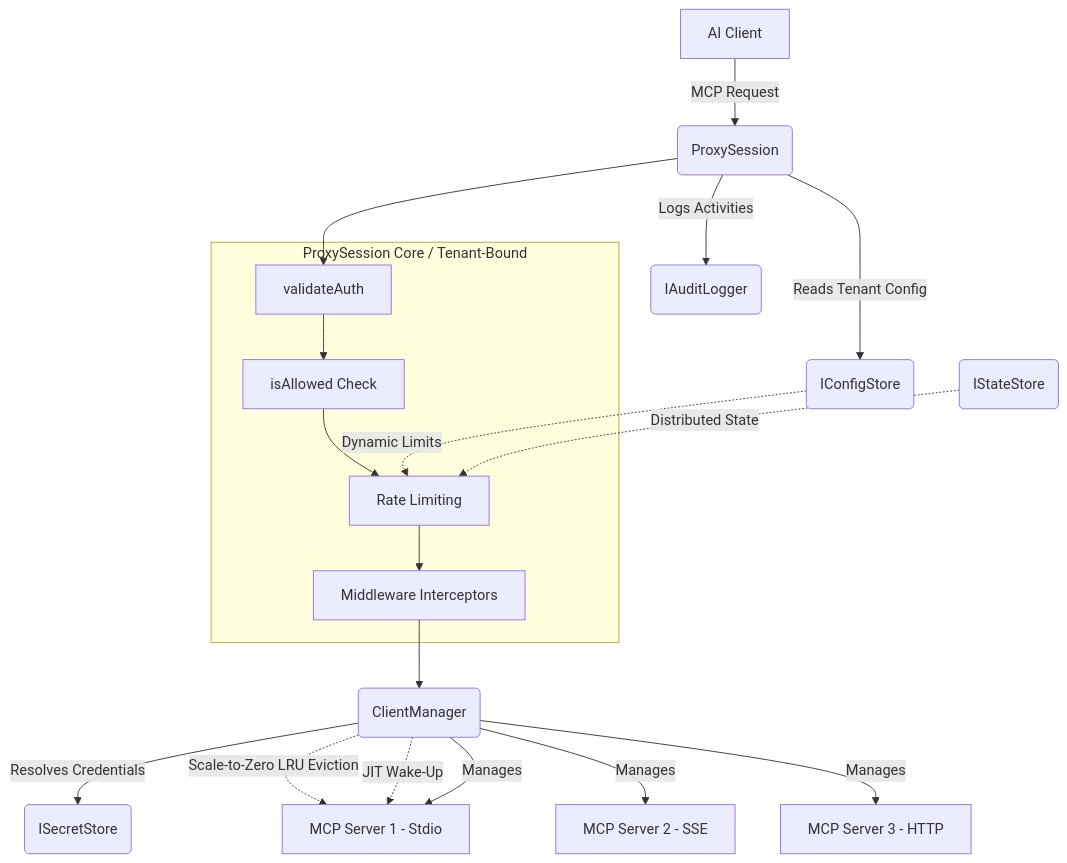
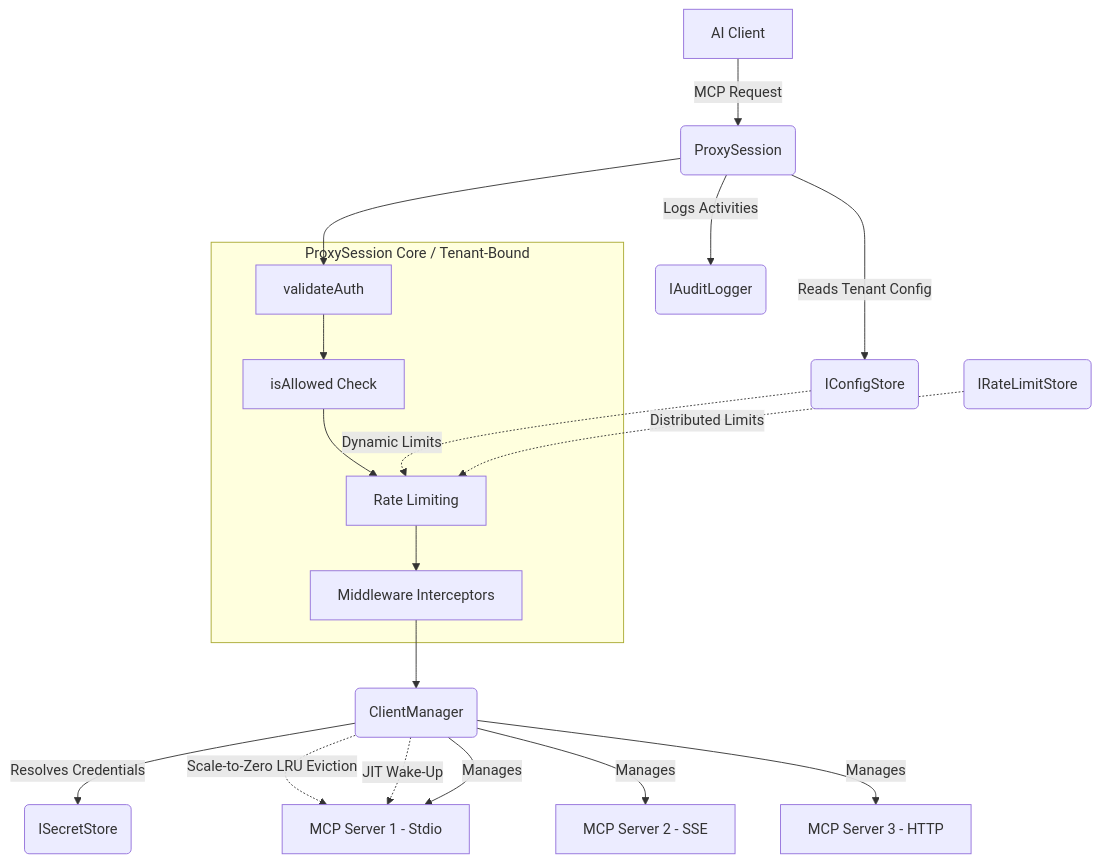
Before and after one commit to Cyber-Sec-Space/aag-core: the first of 2 diagrams in ARCHITECTURE.md, drawn with Mermaid. The commit also changed other lines of this file and 8 other files, not shown here.

Commit message:
feat: extract IRateLimitStore to support distributed rate limiting

````diff
--- a/ARCHITECTURE.md
+++ b/ARCHITECTURE.md
@@ -20,30 +20,30 @@
 ```mermaid
 graph TD
     Client[AI Client] -->|MCP Request| Proxy(ProxySession)
     
     subgraph ProxyInternal [ProxySession Core / Tenant-Bound]
         Auth[validateAuth]
         RBAC[isAllowed Check]
         RL[Rate Limiting]
         MW[Middleware Interceptors]
     end
     
     Proxy --> Auth
     Auth --> RBAC
     RBAC --> RL
     RL --> MW
     MW --> CM(ClientManager)
     
     Proxy -->|Reads Tenant Config| Config(IConfigStore)
     Proxy -->|Logs Activities| Logger(IAuditLogger)
     
     Config -.->|Dynamic Limits| RL
-    State(IStateStore) -.->|Distributed State| RL
+    State(IRateLimitStore) -.->|Distributed Limits| RL
     
     CM -->|Resolves Credentials| Secrets(ISecretStore)
     CM -.->|Scale-to-Zero LRU Eviction| Downstream1
     CM -.->|JIT Wake-Up| Downstream1
     CM -->|Manages| Downstream1[MCP Server 1 - Stdio]
     CM -->|Manages| Downstream2[MCP Server 2 - SSE]
     CM -->|Manages| Downstream3[MCP Server 3 - HTTP]
 ```
````
